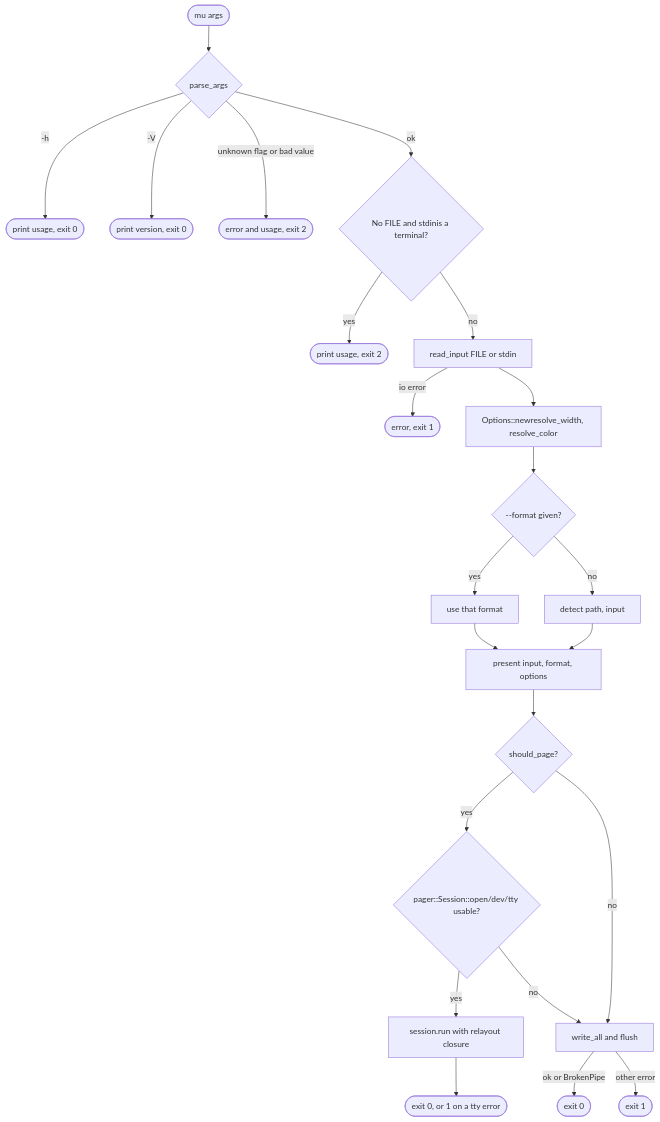
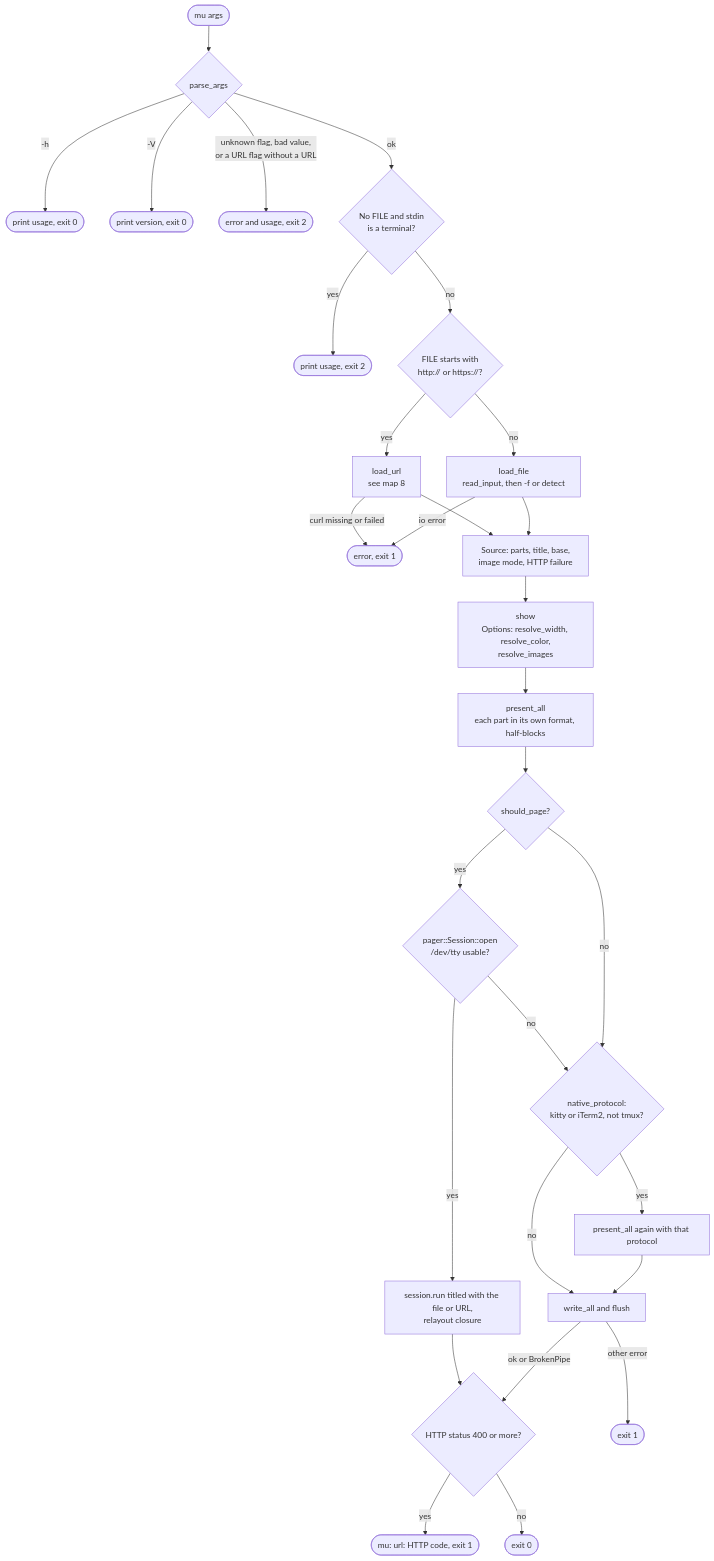
The second of 8 diagrams in docs/muLogicMaps.md (machinageist/mu), drawn with Mermaid before and after one commit. The commit also changed other lines of this file and 2 other files, not shown here.

````diff
--- a/docs/muLogicMaps.md
+++ b/docs/muLogicMaps.md
@@ -43,26 +45,31 @@
 ```mermaid
 flowchart TD
   S(["mu args"]) --> PA{"parse_args"}
   PA -->|"-h"| H(["print usage, exit 0"])
   PA -->|"-V"| V(["print version, exit 0"])
-  PA -->|"unknown flag or bad value"| E2(["error and usage, exit 2"])
-  PA -->|"ok"| T{"No FILE and stdinis a terminal?"}
+  PA -->|"unknown flag, bad value,<br/>or a URL flag without a URL"| E2(["error and usage, exit 2"])
+  PA -->|"ok"| T{"No FILE and stdin<br/>is a terminal?"}
   T -->|"yes"| U(["print usage, exit 2"])
-  T -->|"no"| R["read_input FILE or stdin"]
-  R -->|"io error"| E1(["error, exit 1"])
-  R --> O["Options::newresolve_width, resolve_color"]
-  O --> F{"--format given?"}
-  F -->|"yes"| FMT["use that format"]
-  F -->|"no"| D["detect path, input"]
-  FMT --> P["present input, format, options"]
-  D --> P
+  T -->|"no"| ISU{"FILE starts with<br/>http:// or https://?"}
+  ISU -->|"yes"| LU["load_url<br/>see map 8"]
+  ISU -->|"no"| LF["load_file<br/>read_input, then -f or detect"]
+  LU -->|"curl missing or failed"| E1(["error, exit 1"])
+  LF -->|"io error"| E1
+  LU --> SRC["Source: parts, title, base,<br/>image mode, HTTP failure"]
+  LF --> SRC
+  SRC --> SH["show<br/>Options: resolve_width, resolve_color,<br/>resolve_images"]
+  SH --> P["present_all<br/>each part in its own format, half-blocks"]
   P --> SP{"should_page?"}
-  SP -->|"yes"| SO{"pager::Session::open/dev/tty usable?"}
-  SO -->|"yes"| RUN["session.run with relayout closure"]
-  RUN --> X0(["exit 0, or 1 on a tty error"])
-  SO -->|"no"| WR
-  SP -->|"no"| WR["write_all and flush"]
-  WR -->|"ok or BrokenPipe"| X0b(["exit 0"])
+  SP -->|"yes"| SO{"pager::Session::open<br/>/dev/tty usable?"}
+  SO -->|"yes"| RUN["session.run titled with the file or URL,<br/>relayout closure"]
+  SO -->|"no"| NP
+  SP -->|"no"| NP{"native_protocol:<br/>kitty or iTerm2, not tmux?"}
+  NP -->|"yes"| RN["present_all again with that protocol"]
+  NP -->|"no"| WR["write_all and flush"]
+  RN --> WR
+  RUN --> HF
+  WR -->|"ok or BrokenPipe"| HF{"HTTP status 400 or more?"}
   WR -->|"other error"| X1(["exit 1"])
-    
+  HF -->|"yes"| X1h(["mu: url: HTTP code, exit 1"])
+  HF -->|"no"| X0(["exit 0"])
 ```
````
